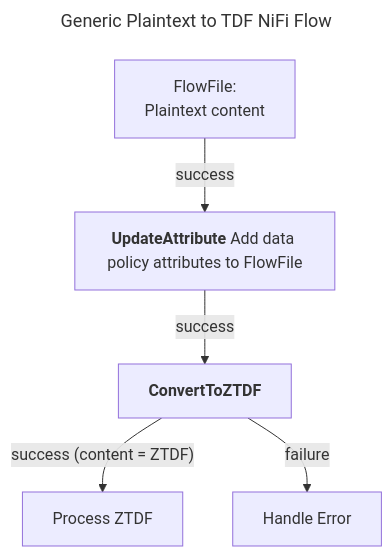
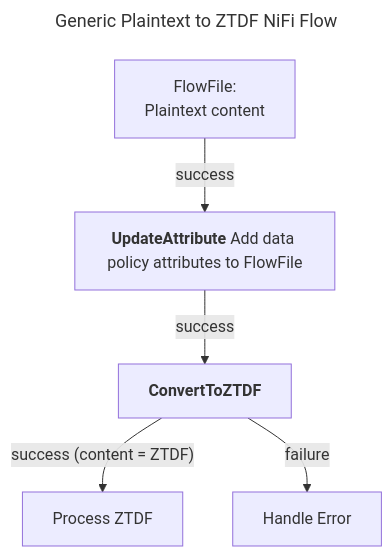
The first of 2 diagrams in README.md (opentdf/nifi), drawn with Mermaid before and after one commit.

````diff
--- a/README.md
+++ b/README.md
@@ -14,15 +14,15 @@
 ```mermaid
 ---
-title: Generic Plaintext to TDF NiFi Flow
+title: Generic Plaintext to ZTDF NiFi Flow
 ---
 flowchart TD
    a[FlowFile: \nPlaintext content]
    b["`**UpdateAttribute**`" Add data policy attributes to FlowFile]
    c["`**ConvertToZTDF**`"]
    d["Process ZTDF"]
    e["Handle Error"]
    a -- success --> b
    b -- success --> c
    c -- success (content = ZTDF) --> d
    c -- failure --> e
 ```
````
